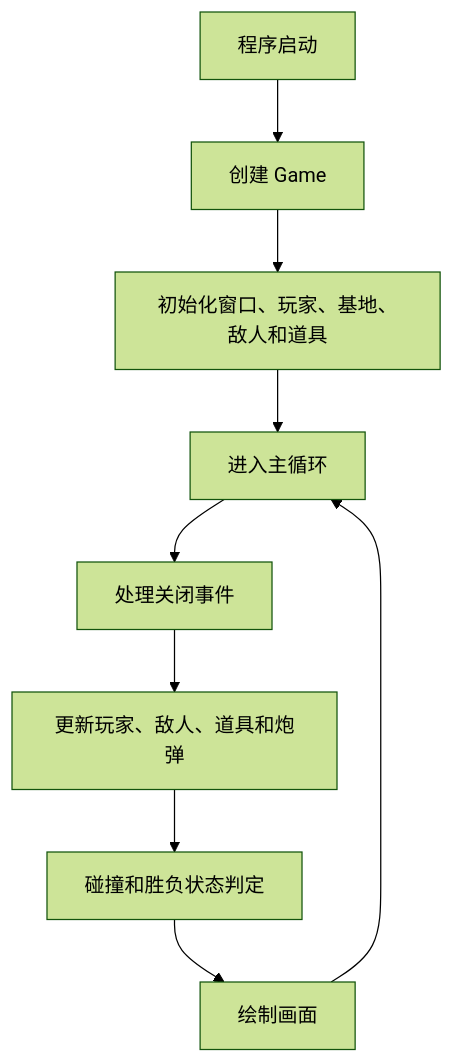
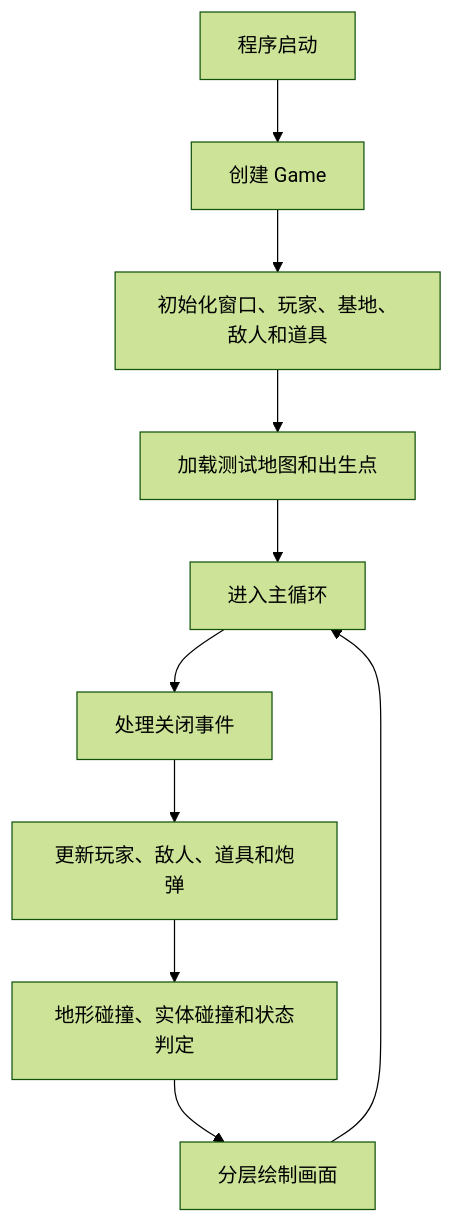
The first of 2 diagrams in docs/03_总体设计.md (frank1181434411-hub/tank-battle), drawn with Mermaid (forest theme) before and after one commit. The commit also changed other lines of this file and 23 other files, not shown here.

````diff
--- a/docs/03_总体设计.md
+++ b/docs/03_总体设计.md
@@ -35,11 +35,12 @@
 ```mermaid
 flowchart TD
     A[程序启动] --> B[创建 Game]
     B --> C[初始化窗口、玩家、基地、敌人和道具]
-    C --> D[进入主循环]
-    D --> E[处理关闭事件]
-    E --> F[更新玩家、敌人、道具和炮弹]
-    F --> G[碰撞和胜负状态判定]
-    G --> H[绘制画面]
-    H --> D
+    C --> D[加载测试地图和出生点]
+    D --> E[进入主循环]
+    E --> F[处理关闭事件]
+    F --> G[更新玩家、敌人、道具和炮弹]
+    G --> H[地形碰撞、实体碰撞和状态判定]
+    H --> I[分层绘制画面]
+    I --> E
 ```
````
